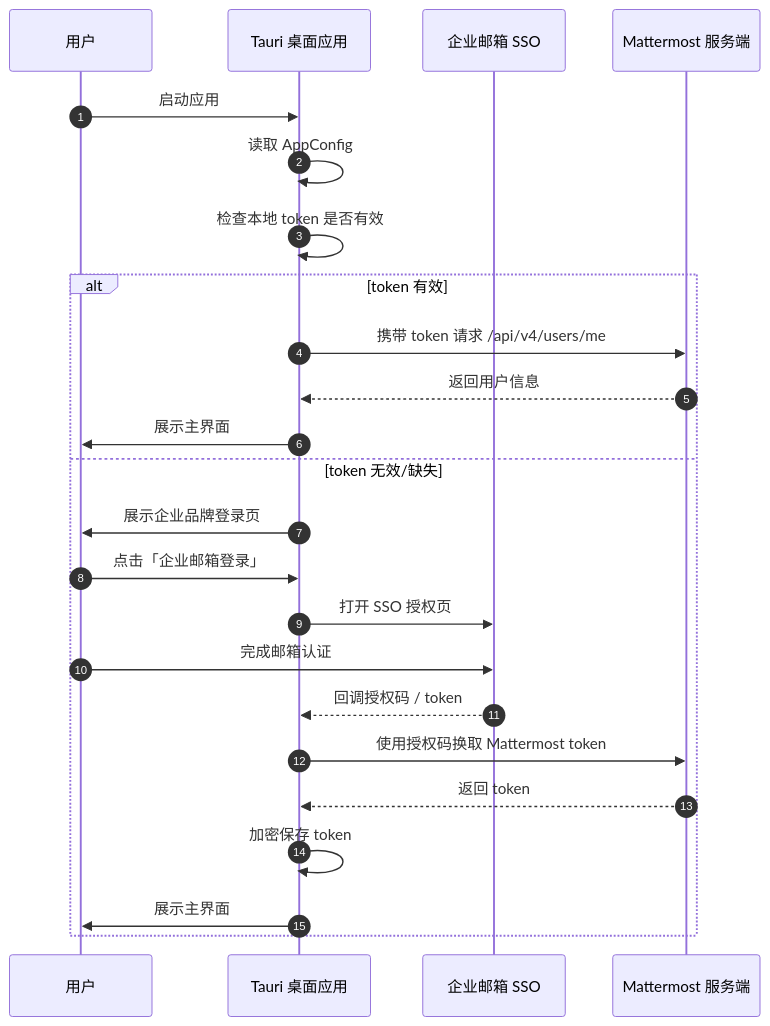
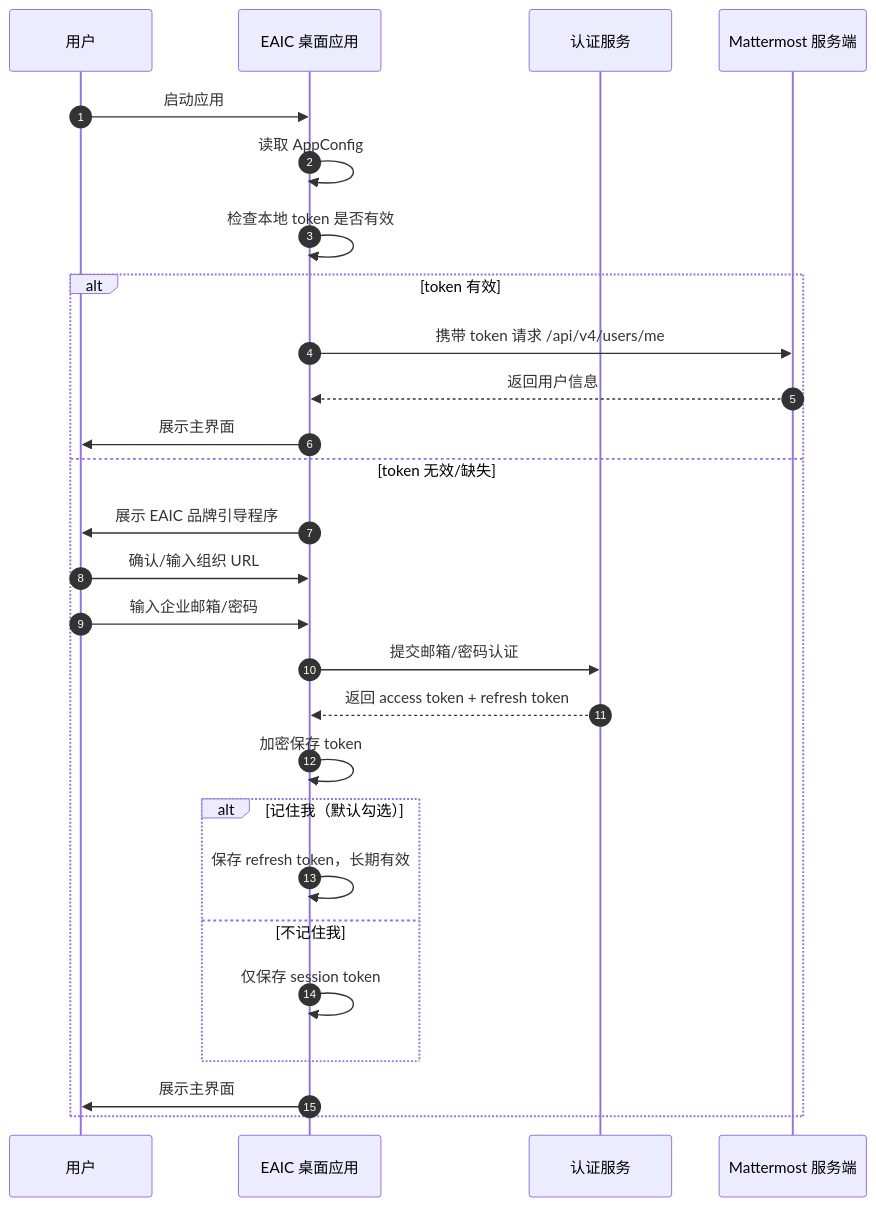
One commit to sushanglewis/WeLink changed the second of 4 diagrams in issue-11/designs/issue-11/flows.md. Above: the diagram before and after it, drawn with Mermaid. The commit also changed other lines of this file and 10 other files, not shown here.

````diff
--- a/issue-11/designs/issue-11/flows.md
+++ b/issue-11/designs/issue-11/flows.md
@@ -26,27 +31,30 @@
 ```mermaid
 sequenceDiagram
     autonumber
     participant U as 用户
-    participant App as Tauri 桌面应用
-    participant SSO as 企业邮箱 SSO
+    participant App as EAIC 桌面应用
+    participant Auth as 认证服务
     participant MM as Mattermost 服务端
 
     U->>App: 启动应用
     App->>App: 读取 AppConfig
     App->>App: 检查本地 token 是否有效
     alt token 有效
         App->>MM: 携带 token 请求 /api/v4/users/me
         MM-->>App: 返回用户信息
         App->>U: 展示主界面
     else token 无效/缺失
-        App->>U: 展示企业品牌登录页
-        U->>App: 点击「企业邮箱登录」
-        App->>SSO: 打开 SSO 授权页
-        U->>SSO: 完成邮箱认证
-        SSO-->>App: 回调授权码 / token
-        App->>MM: 使用授权码换取 Mattermost token
-        MM-->>App: 返回 token
+        App->>U: 展示 EAIC 品牌引导程序
+        U->>App: 确认/输入组织 URL
+        U->>App: 输入企业邮箱/密码
+        App->>Auth: 提交邮箱/密码认证
+        Auth-->>App: 返回 access token + refresh token
         App->>App: 加密保存 token
+        alt 记住我（默认勾选）
+            App->>App: 保存 refresh token，长期有效
+        else 不记住我
+            App->>App: 仅保存 session token
+        end
         App->>U: 展示主界面
     end
 ```
````
